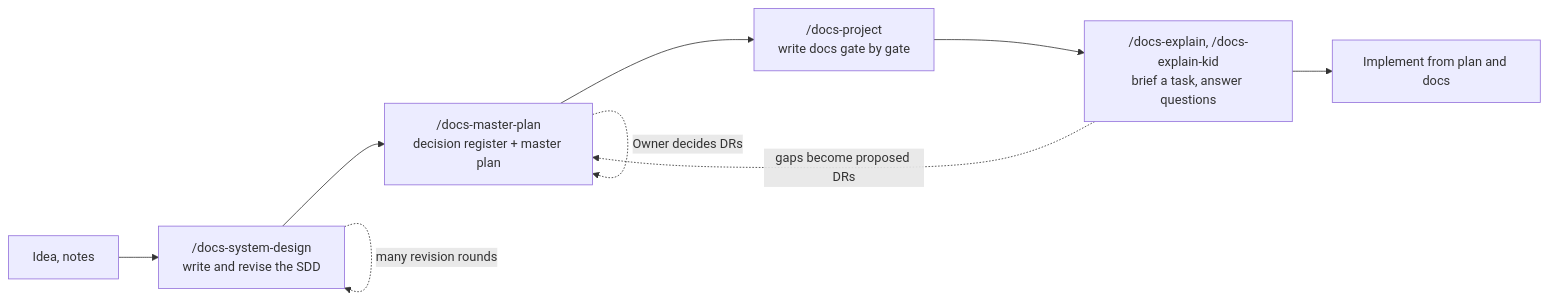
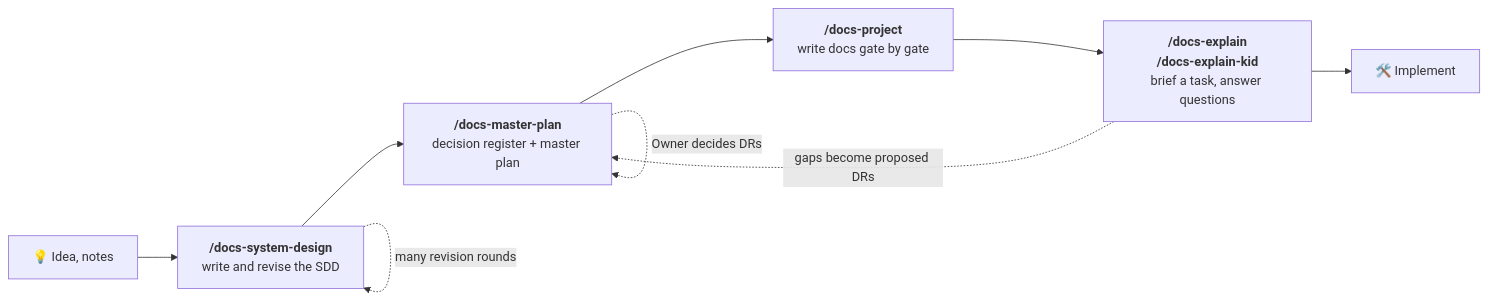
The diagram in README.md (ninggiangboy/design-docs-skills), drawn with Mermaid before and after one commit. The commit also changed other lines of this file, not shown here.

````diff
--- a/README.md
+++ b/README.md
@@ -5,11 +30,11 @@
 ```mermaid
 flowchart LR
-    I["Idea, notes"] --> S["/docs-system-design<br/>write and revise the SDD"]
-    S --> P["/docs-master-plan<br/>decision register + master plan"]
-    P --> D["/docs-project<br/>write docs gate by gate"]
-    D --> E["/docs-explain, /docs-explain-kid<br/>brief a task, answer questions"]
-    E --> C["Implement from plan and docs"]
+    I["💡 Idea, notes"] --> S["<b>/docs-system-design</b><br/>write and revise the SDD"]
+    S --> P["<b>/docs-master-plan</b><br/>decision register + master plan"]
+    P --> D["<b>/docs-project</b><br/>write docs gate by gate"]
+    D --> E["<b>/docs-explain</b><br/><b>/docs-explain-kid</b><br/>brief a task, answer questions"]
+    E --> C["🛠️ Implement"]
     E -. "gaps become proposed DRs" .-> P
     S -. "many revision rounds" .-> S
     P -. "Owner decides DRs" .-> P
 ```
````
